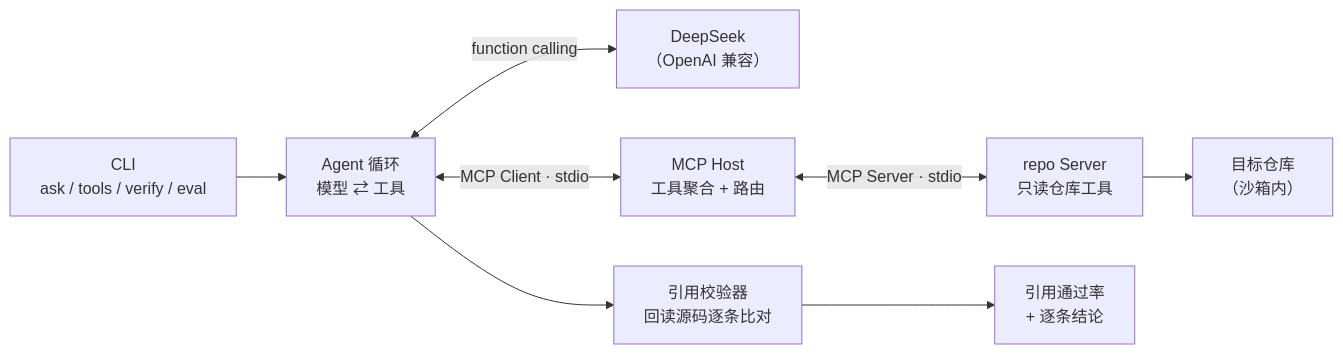
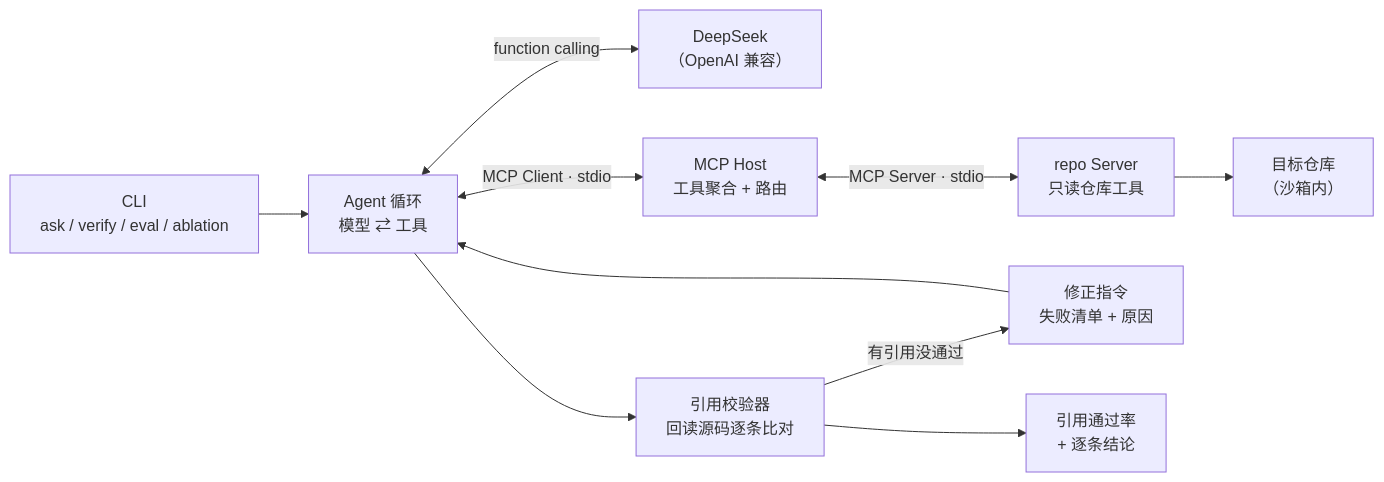
Before and after one commit to wljsm/citecode: the diagram in README.md, drawn with Mermaid. The commit also changed other lines of this file and 90 other files, not shown here.

````diff
--- a/README.md
+++ b/README.md
@@ -28,10 +46,12 @@
 ```mermaid
 flowchart LR
-    CLI["CLI<br/>ask / tools / verify / eval"] --> Agent["Agent 循环<br/>模型 ⇄ 工具"]
+    CLI["CLI<br/>ask / verify / eval / ablation"] --> Agent["Agent 循环<br/>模型 ⇄ 工具"]
     Agent <-->|"function calling"| DS["DeepSeek<br/>（OpenAI 兼容）"]
     Agent <-->|"MCP Client · stdio"| Host["MCP Host<br/>工具聚合 + 路由"]
     Host <-->|"MCP Server · stdio"| Repo["repo Server<br/>只读仓库工具"]
     Repo --> FS["目标仓库<br/>（沙箱内）"]
     Agent --> Verify["引用校验器<br/>回读源码逐条比对"]
+    Verify -->|"有引用没通过"| Repair["修正指令<br/>失败清单 + 原因"]
+    Repair --> Agent
     Verify --> Report["引用通过率<br/>+ 逐条结论"]
 ```
````
